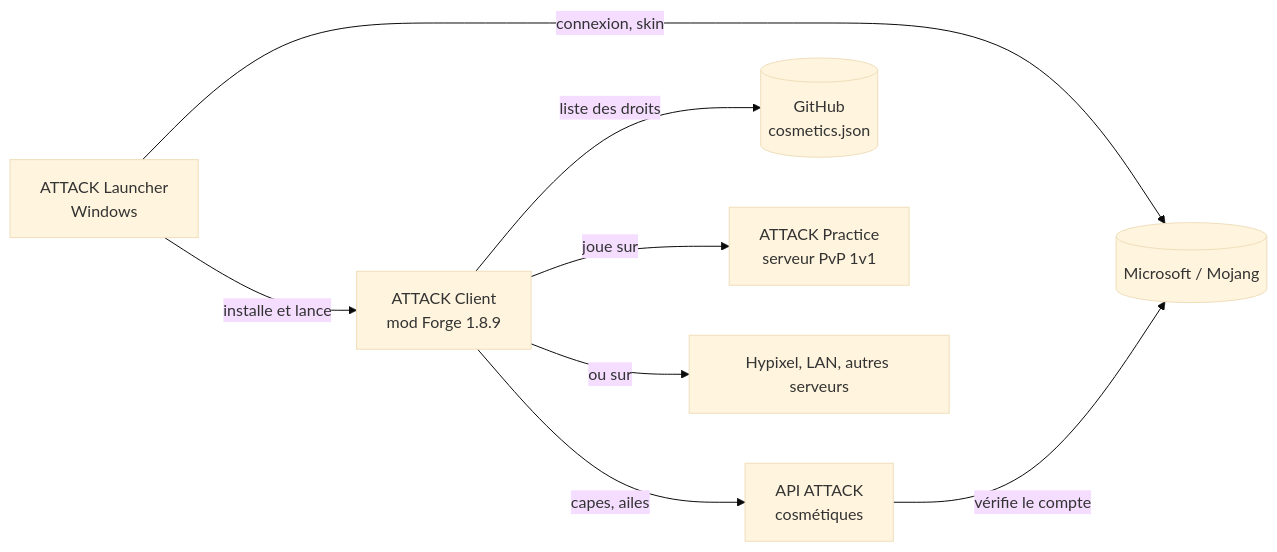
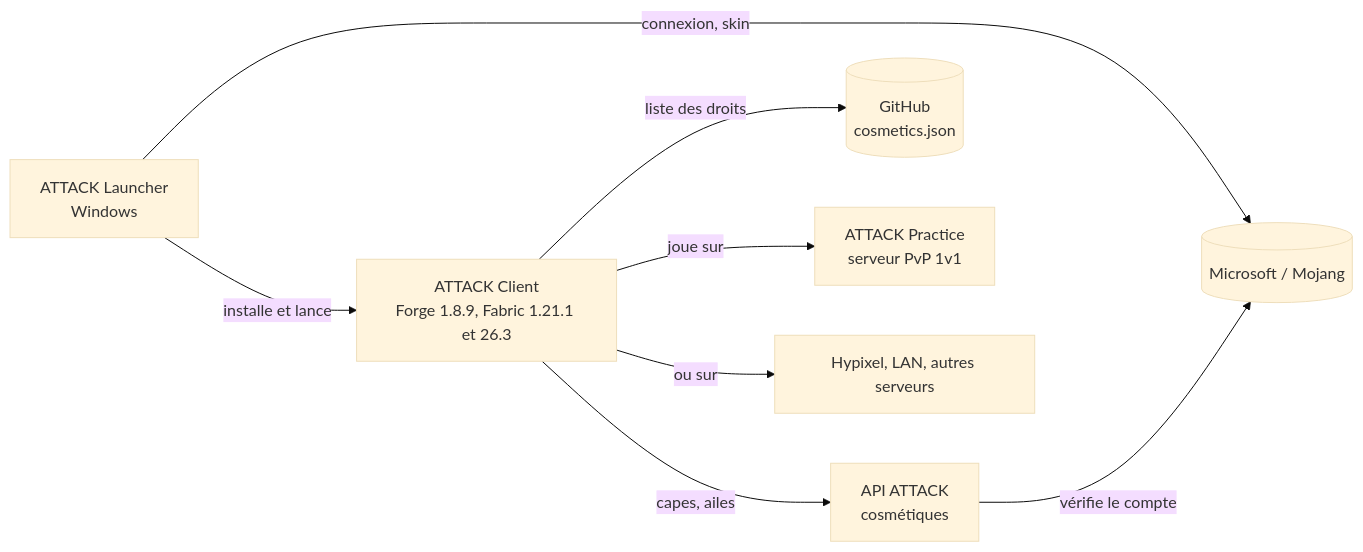
Before and after one commit to 7ShIkI3/attack-launcher: the diagram in docs/wiki/Home.md, drawn with Mermaid (base theme). The commit also changed other lines of this file and 14 other files, not shown here.

````diff
--- a/docs/wiki/Home.md
+++ b/docs/wiki/Home.md
@@ -26,10 +27,10 @@
 ```mermaid
 flowchart LR
-  L["ATTACK Launcher<br>Windows"] -->|"installe et lance"| C["ATTACK Client<br>mod Forge 1.8.9"]
+  L["ATTACK Launcher<br>Windows"] -->|"installe et lance"| C["ATTACK Client<br>Forge 1.8.9, Fabric 1.21.1 et 26.3"]
   L -->|"connexion, skin"| M[("Microsoft / Mojang")]
   C -->|"capes, ailes"| A["API ATTACK<br>cosmétiques"]
   A -->|"vérifie le compte"| M
   C -->|"liste des droits"| G[("GitHub<br>cosmetics.json")]
   C -->|"joue sur"| P["ATTACK Practice<br>serveur PvP 1v1"]
   C -->|"ou sur"| S["Hypixel, LAN, autres serveurs"]
 ```
````
